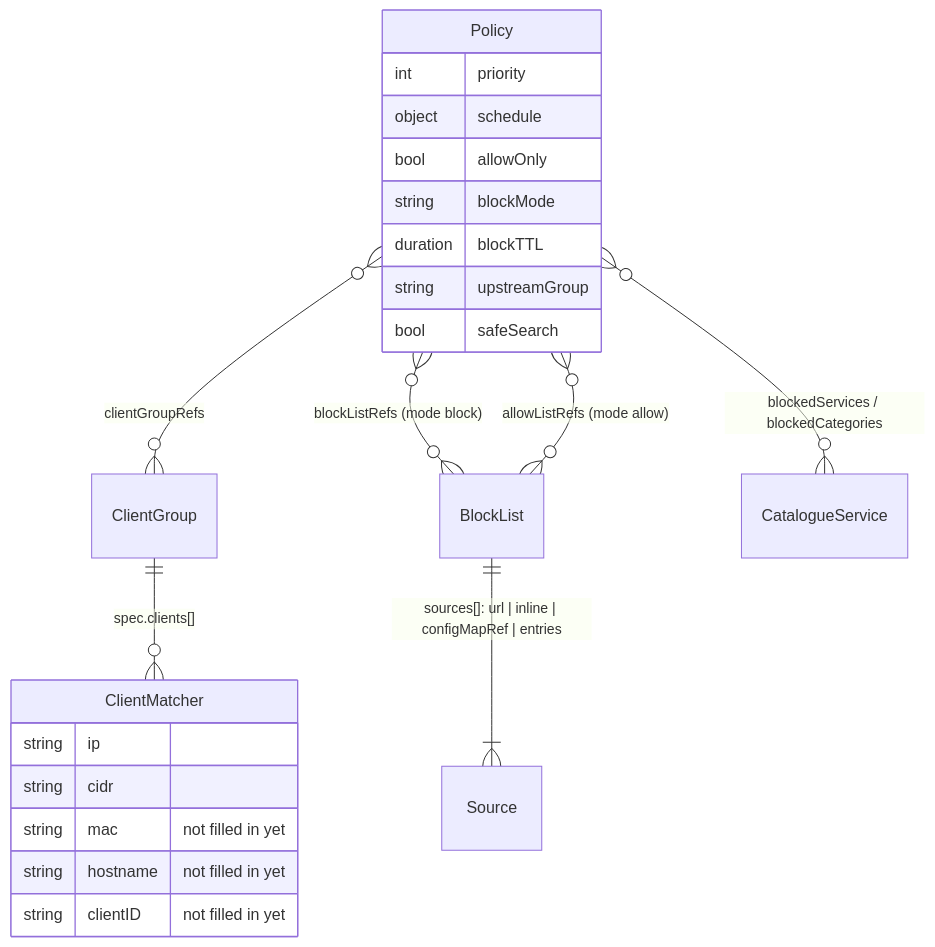
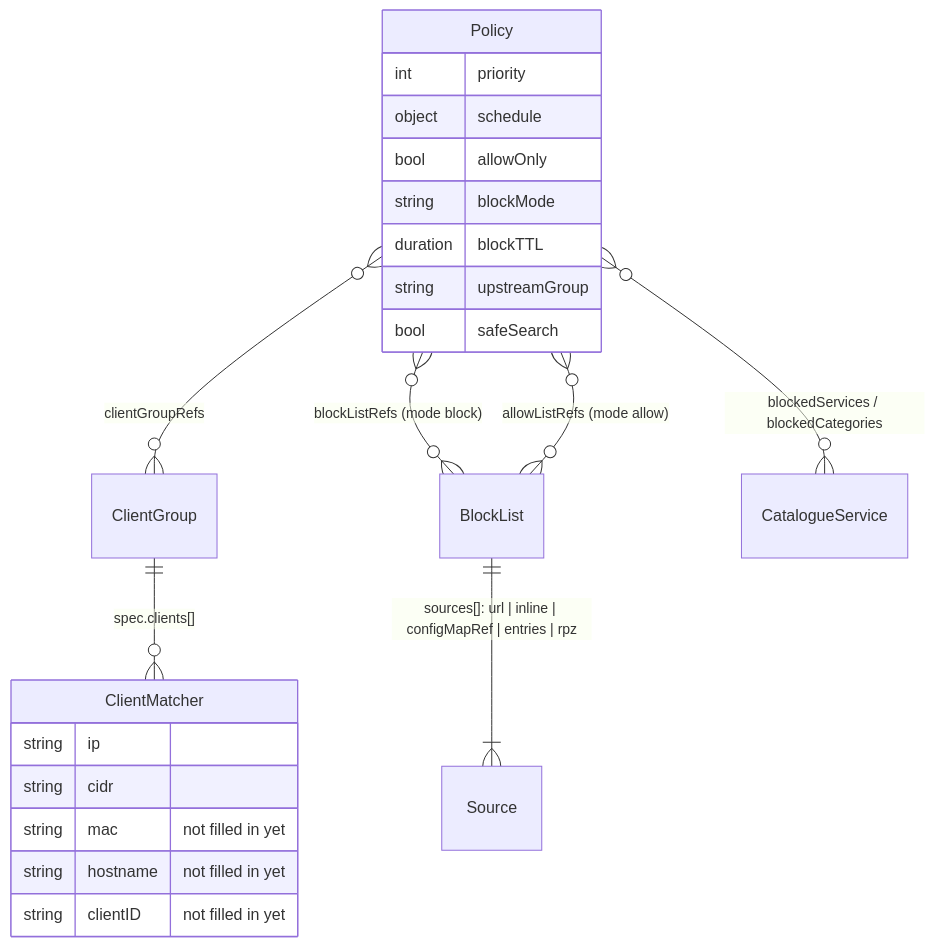
The first of 6 diagrams in docs/architecture/policies-and-blocking.md (robertherbaugh/kudurru), drawn with Mermaid before and after one commit. The commit also changed other lines of this file and 13 other files, not shown here.

````diff
--- a/docs/architecture/policies-and-blocking.md
+++ b/docs/architecture/policies-and-blocking.md
@@ -7,25 +7,25 @@
 ```mermaid
 erDiagram
     ClientGroup ||--o{ ClientMatcher : "spec.clients[]"
     Policy }o--o{ ClientGroup : "clientGroupRefs"
     Policy }o--o{ BlockList : "blockListRefs (mode block)"
     Policy }o--o{ BlockList : "allowListRefs (mode allow)"
     Policy }o--o{ CatalogueService : "blockedServices / blockedCategories"
-    BlockList ||--|{ Source : "sources[]: url | inline | configMapRef | entries"
+    BlockList ||--|{ Source : "sources[]: url | inline | configMapRef | entries | rpz"
     ClientMatcher {
         string ip
         string cidr
         string mac "not filled in yet"
         string hostname "not filled in yet"
         string clientID "not filled in yet"
     }
     Policy {
         int priority
         object schedule
         bool allowOnly
         string blockMode
         duration blockTTL
         string upstreamGroup
         bool safeSearch
     }
 ```
````
